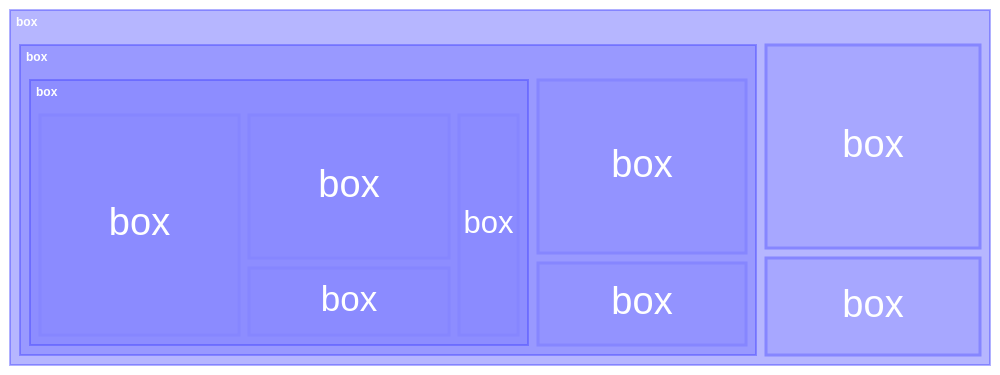
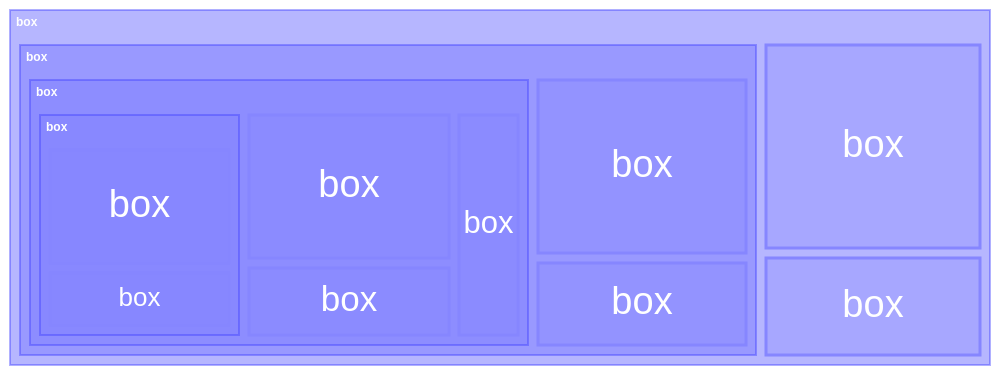
One commit to kartikg33/recursive-boxes changed the diagram in README.md. Above: the diagram before and after it, drawn with Mermaid.

Commit message:
added one more nested box

````diff
--- a/README.md
+++ b/README.md
@@ -3,20 +3,22 @@
 ```mermaid
 ---
 config:
   theme: 'default'
   treemap:
     showValues: false
 ---
 treemap-beta
     "box"
         "box":2
         "box":1
         "box"
             "box":2
             "box":1
             "box"
                 "box":1
-                "box":3
                 "box":2
                 "box":1
+                "box"
+                    "box":1
+                    "box":2
 ```
````
